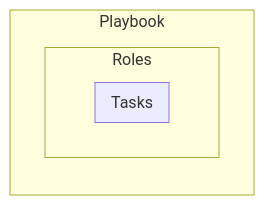
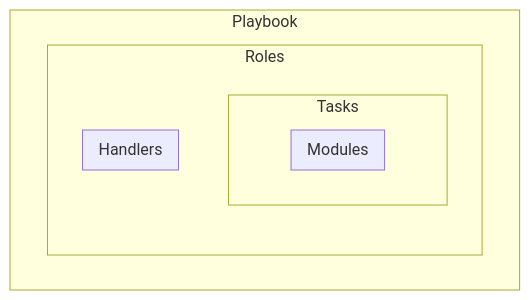
The diagram in ReadMe.md (B216-lab/server-setup), drawn with Mermaid before and after one commit. The commit also changed other lines of this file and 18 other files, not shown here.

````diff
--- a/ReadMe.md
+++ b/ReadMe.md
@@ -4,9 +3,13 @@
 ```mermaid
-flowchart LR
+flowchart
   subgraph Playbook
     subgraph Roles
         subgraph Tasks
+          subgraph Modules
+          end
+        end
+        subgraph Handlers
         end
     end
   end
 ```
````
